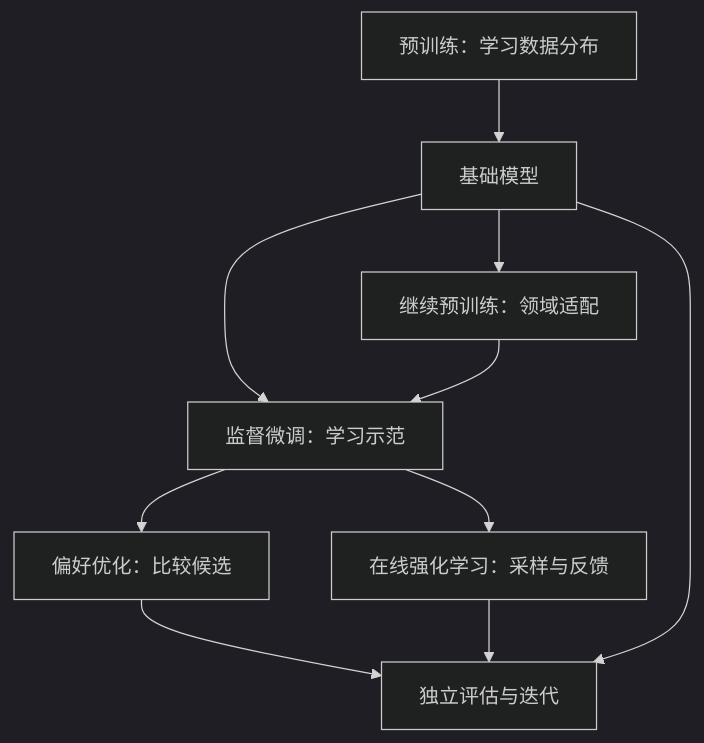
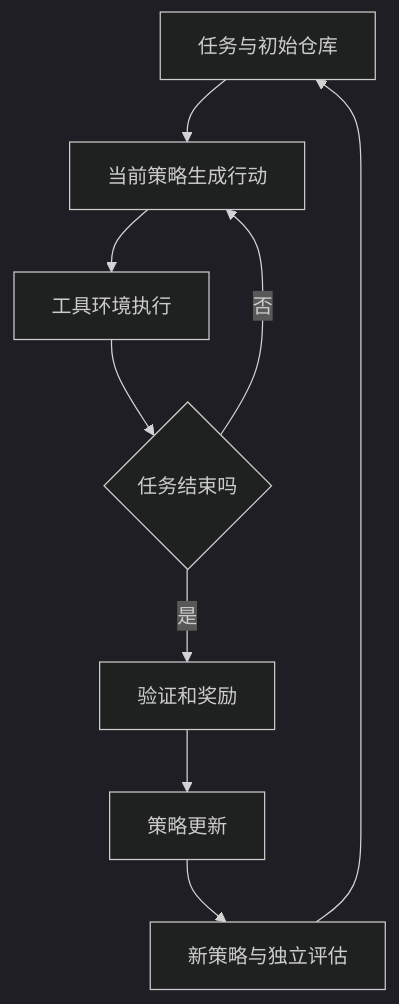
The diagram in chapters/08-methods-deep.md (YZYExp/Learn-Model-Train), drawn with Mermaid (dark theme) before and after one commit. The commit also changed other lines of this file and 4 other files, not shown here.

````diff
--- a/chapters/08-methods-deep.md
+++ b/chapters/08-methods-deep.md
@@ -5,12 +132,11 @@
 ```mermaid
 flowchart TD
-    A[预训练：学习数据分布] --> B[基础模型]
-    B --> C[继续预训练：领域适配]
-    B --> D[监督微调：学习示范]
-    C --> D
-    D --> E[偏好优化：比较候选]
-    D --> F[在线强化学习：采样与反馈]
-    E --> G[独立评估与迭代]
-    F --> G
-    B --> G
+ A[任务与初始仓库] --> B[当前策略生成行动]
+ B --> C[工具环境执行]
+ C --> D{任务结束吗}
+ D -->|否| B
+ D -->|是| E[验证和奖励]
+ E --> F[策略更新]
+ F --> G[新策略与独立评估]
+ G --> A
 ```
````
